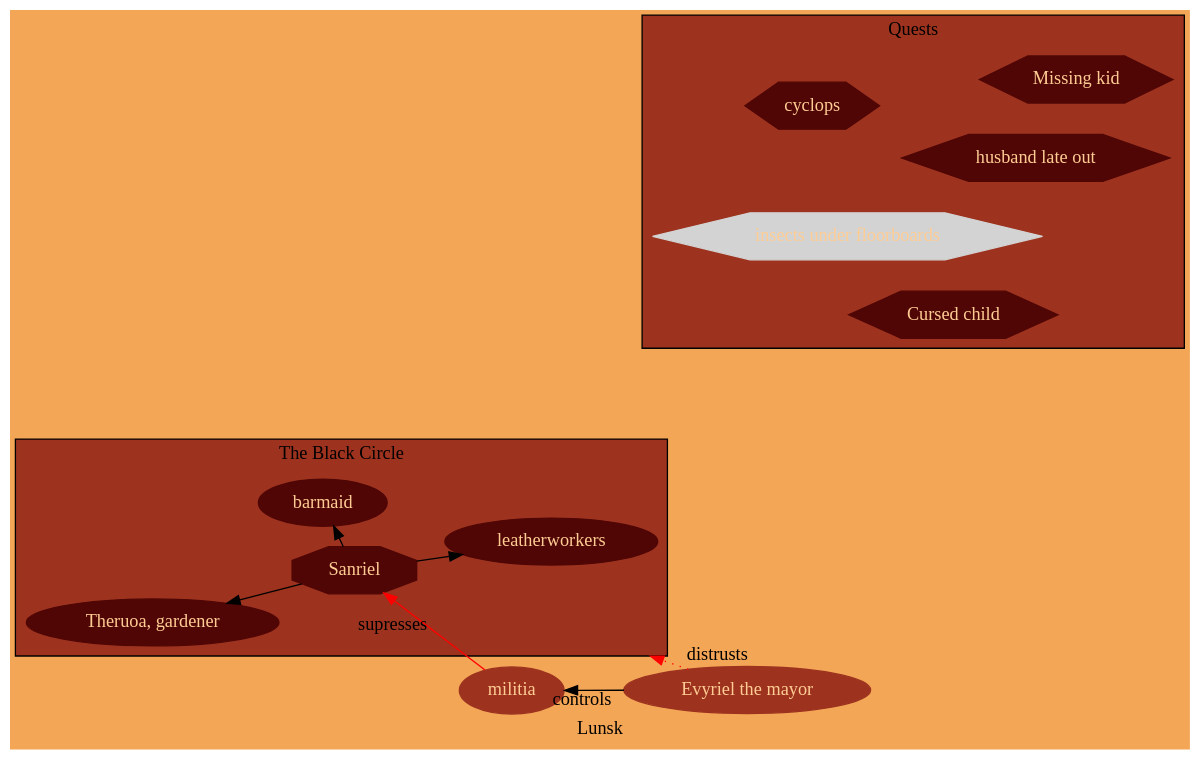
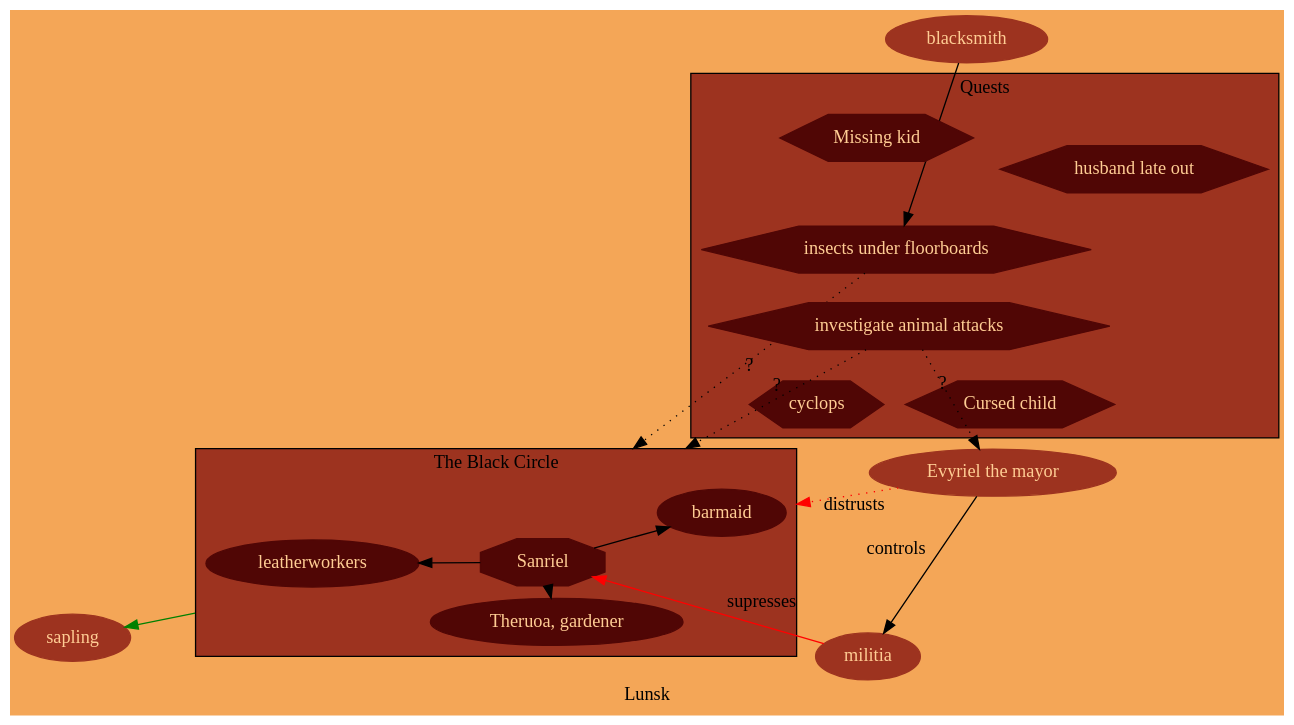
The diagram in Etharis/lunsk.gv (lupus117/dnd-notes), drawn with Graphviz before and after one commit. The commit also changed 3 other files, not shown here.

Commit message:
Add code block without output to compile lunsk graphvis on knitting

```diff
--- a/Etharis/lunsk.gv
+++ b/Etharis/lunsk.gv
@@ -1,40 +1,47 @@
 digraph Lansk {
 layout=fdp
 label = "Lunsk"
 bgcolor="#f4a657"
 node [style = filled, color="#9d331f", fontcolor="#ffcd94"];
 
 
 mayor [label = "Evyriel the mayor"]
+blacksmith
 
 	subgraph cluster0 {
 	node [style = filled, color="#500605", fontcolor="#ffcd94"];
 	bgcolor="#9d331f"
 	label = "The Black Circle";
 	
 	barmaid
 	gardener [label="Theruoa, gardener"];	
 	sanriel [shape="polygon",sides=8; label = "Sanriel"] 
 	leatherworkers 
 
 	{rank="same" leatherworkers gardener barmaid}
 	sanriel ->  {leatherworkers, gardener, barmaid}
+
 	}
 
 	subgraph cluster1 { 
 	node [shape="polygon", sides=6,style = filled, color="#500605", fontcolor="#ffcd94"];
 	bgcolor="#9d331f"
 	label="Quests"
 
 	"Missing kid"
 	hubby [label="husband late out"]
-	scratch [color="lightgray",label="insects under floorboards"]
+	scratch [label="insects under floorboards"] 
 	cyclops
 	"Cursed child"
+	animals [label="investigate animal attacks"]
 	}
 
 
 mayor -> militia [label="controls"];
 militia -> {sanriel} [label="supresses", color="red"];
 mayor -> cluster0 [color="red", label="distrusts", style="dotted"];
+cluster0 -> sapling [color="green"]
+blacksmith -> scratch
+animals -> {cluster0, mayor} [label="?", style="dotted"]
+scratch -> cluster0 [label="?", style="dotted"]
 }
```
